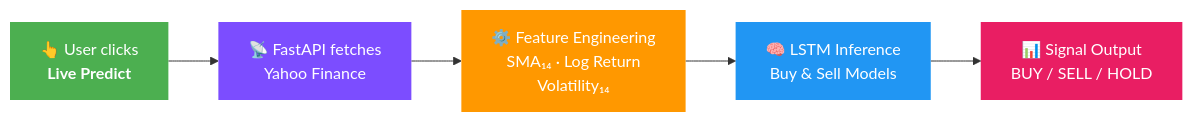
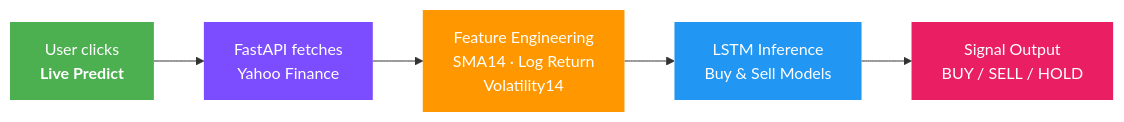
One commit to hodatisg520/Deep-Learning-Market-Forecasting-Portfolio-Optimization changed the first of 2 diagrams in README.md. Above: the diagram before and after it, drawn with Mermaid. The commit also changed other lines of this file, not shown here.

````diff
--- a/README.md
+++ b/README.md
@@ -56,13 +56,13 @@
 ```mermaid
 flowchart LR
-    A["👆 User clicks<br/><b>Live Predict</b>"] --> B["📡 FastAPI fetches<br/>Yahoo Finance"]
-    B --> C["⚙️ Feature Engineering<br/>SMA₁₄ · Log Return<br/>Volatility₁₄"]
-    C --> D["🧠 LSTM Inference<br/>Buy & Sell Models"]
-    D --> E["📊 Signal Output<br/>BUY / SELL / HOLD"]
+    A["User clicks<br/><b>Live Predict</b>"] --> B["FastAPI fetches<br/>Yahoo Finance"]
+    B --> C["Feature Engineering<br/>SMA14 · Log Return<br/>Volatility14"]
+    C --> D["LSTM Inference<br/>Buy & Sell Models"]
+    D --> E["Signal Output<br/>BUY / SELL / HOLD"]
 
     style A fill:#4CAF50,color:#fff,stroke:none
     style B fill:#7C4DFF,color:#fff,stroke:none
     style C fill:#FF9800,color:#fff,stroke:none
     style D fill:#2196F3,color:#fff,stroke:none
     style E fill:#E91E63,color:#fff,stroke:none
 ```
````
